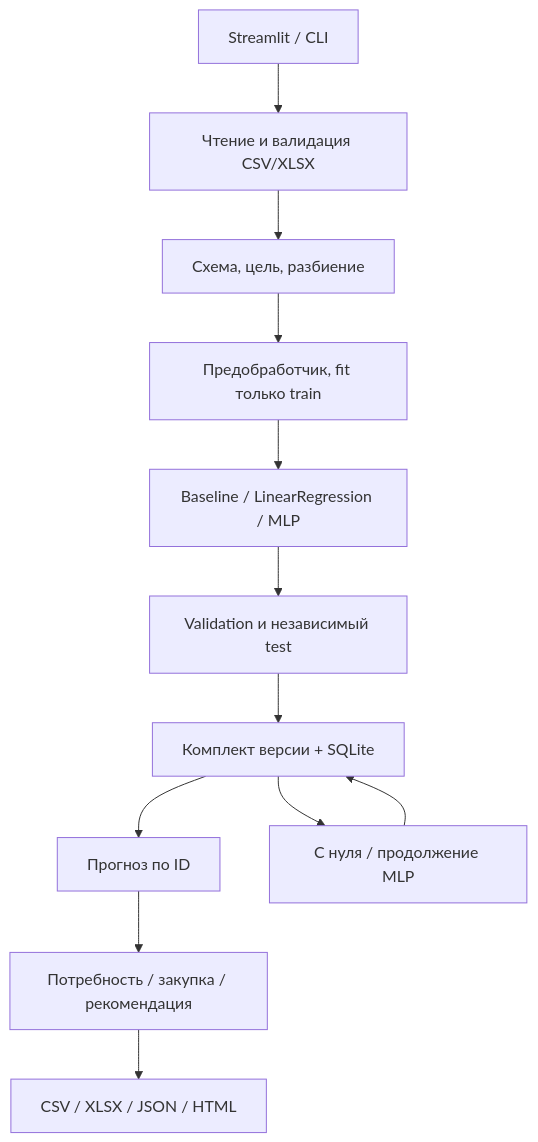
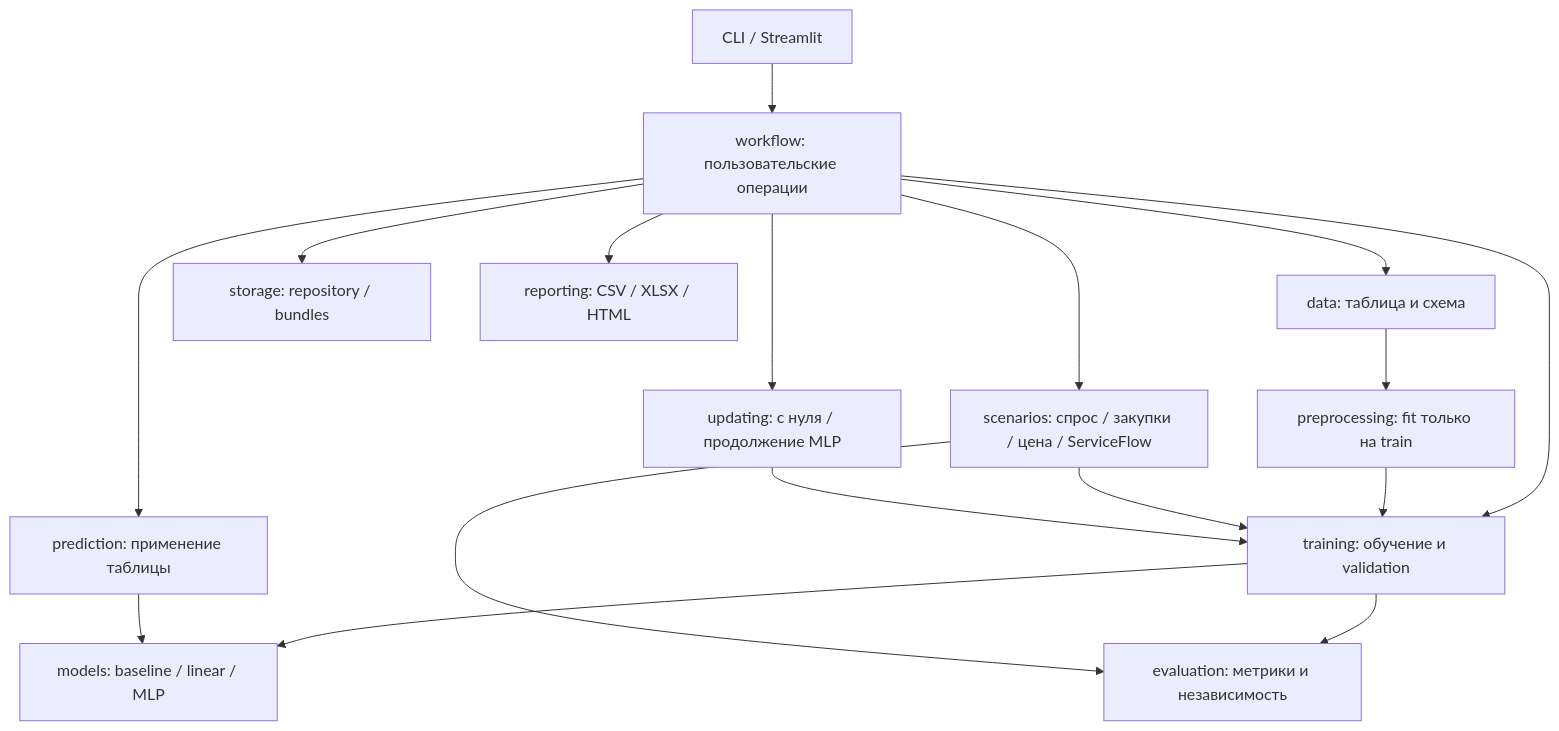
The diagram in docs/architecture.md (MaksimovYuriy/PredictML), drawn with Mermaid before and after one commit. The commit also changed other lines of this file and 113 other files, not shown here.

````diff
--- a/docs/architecture.md
+++ b/docs/architecture.md
@@ -5,14 +5,19 @@
 ```mermaid
 flowchart TD
-    UI[Streamlit / CLI] --> Data[Чтение и валидация CSV/XLSX]
-    Data --> Schema[Схема, цель, разбиение]
-    Schema --> Prep[Предобработчик, fit только train]
-    Prep --> Models[Baseline / LinearRegression / MLP]
-    Models --> Eval[Validation и независимый test]
-    Eval --> Store[Комплект версии + SQLite]
-    Store --> Predict[Прогноз по ID]
-    Store --> Update[С нуля / продолжение MLP]
-    Update --> Store
-    Predict --> Domain[Потребность / закупка / рекомендация]
-    Domain --> Export[CSV / XLSX / JSON / HTML]
+    UI[CLI / Streamlit] --> Workflow[workflow: пользовательские операции]
+    Workflow --> Data[data: таблица и схема]
+    Data --> Prep[preprocessing: fit только на train]
+    Workflow --> Train[training: обучение и validation]
+    Prep --> Train
+    Train --> Models[models: baseline / linear / MLP]
+    Train --> Eval[evaluation: метрики и независимость]
+    Workflow --> Predict[prediction: применение таблицы]
+    Predict --> Models
+    Workflow --> Scenarios[scenarios: спрос / закупки / цена / ServiceFlow]
+    Scenarios --> Train
+    Scenarios --> Eval
+    Workflow --> Update[updating: с нуля / продолжение MLP]
+    Update --> Train
+    Workflow --> Store[storage: repository / bundles]
+    Workflow --> Report[reporting: CSV / XLSX / HTML]
 ```
````
